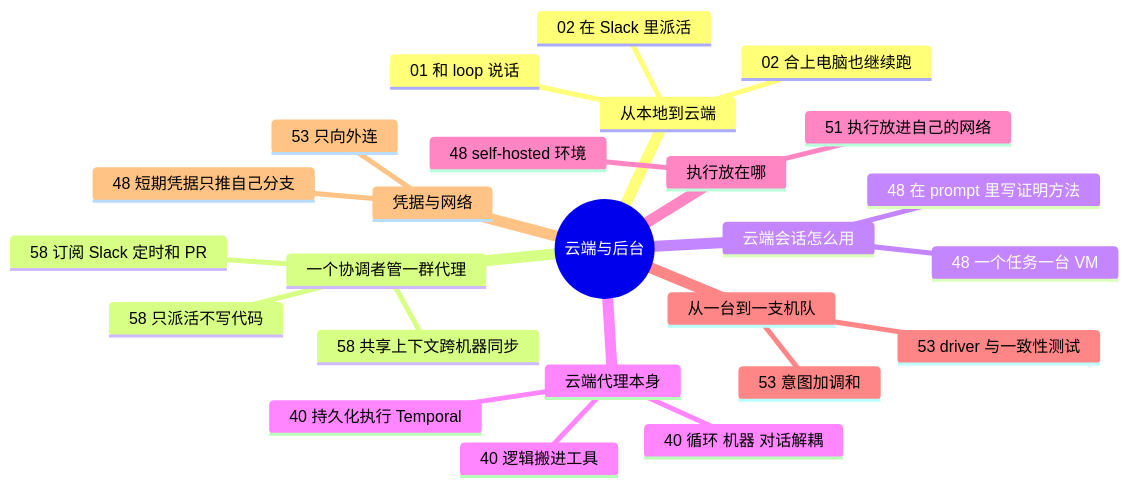
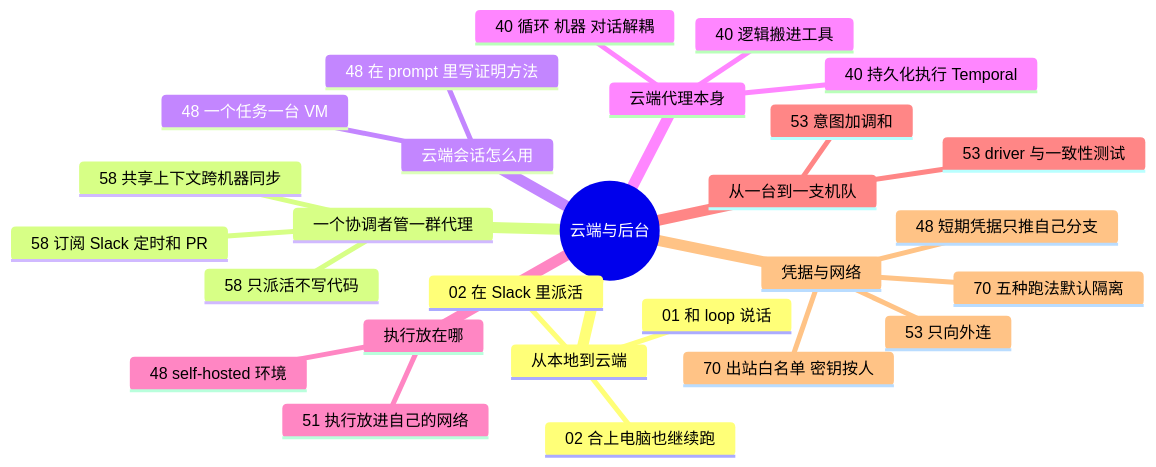
Before and after one commit to yzw7489757/ai-coding-videos: the diagram in docs/guide/cloud.md, drawn with Mermaid. The commit also changed other lines of this file and 19 other files, not shown here.

````diff
--- a/docs/guide/cloud.md
+++ b/docs/guide/cloud.md
@@ -13,28 +13,30 @@
 ```mermaid
 mindmap
   root((云端与后台))
     从本地到云端
       01 和 loop 说话
       02 合上电脑也继续跑
       02 在 Slack 里派活
     一个协调者管一群代理
       58 只派活不写代码
       58 共享上下文跨机器同步
       58 订阅 Slack 定时和 PR
     云端会话怎么用
       48 一个任务一台 VM
       48 在 prompt 里写证明方法
     云端代理本身
       40 持久化执行 Temporal
       40 循环 机器 对话解耦
       40 逻辑搬进工具
     执行放在哪
       51 执行放进自己的网络
       48 self-hosted 环境
     从一台到一支机队
       53 意图加调和
       53 driver 与一致性测试
     凭据与网络
       48 短期凭据只推自己分支
       53 只向外连
+      70 出站白名单 密钥按人
+      70 五种跑法默认隔离
 ```
````
